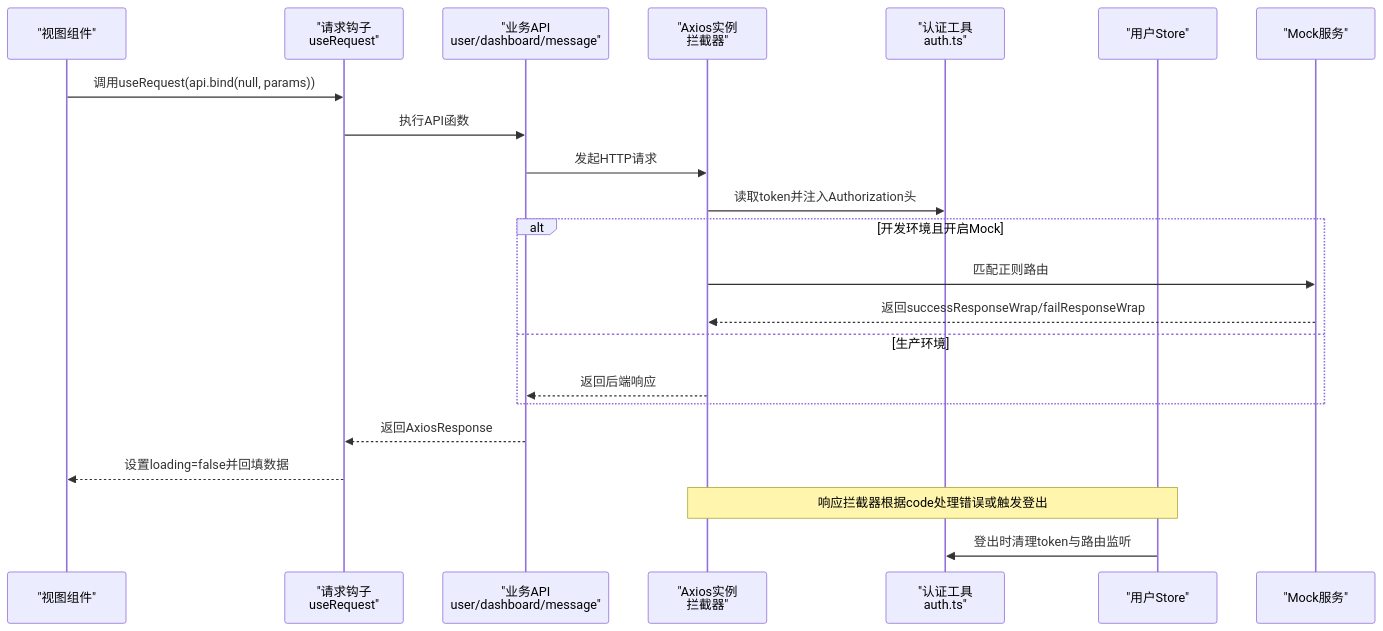
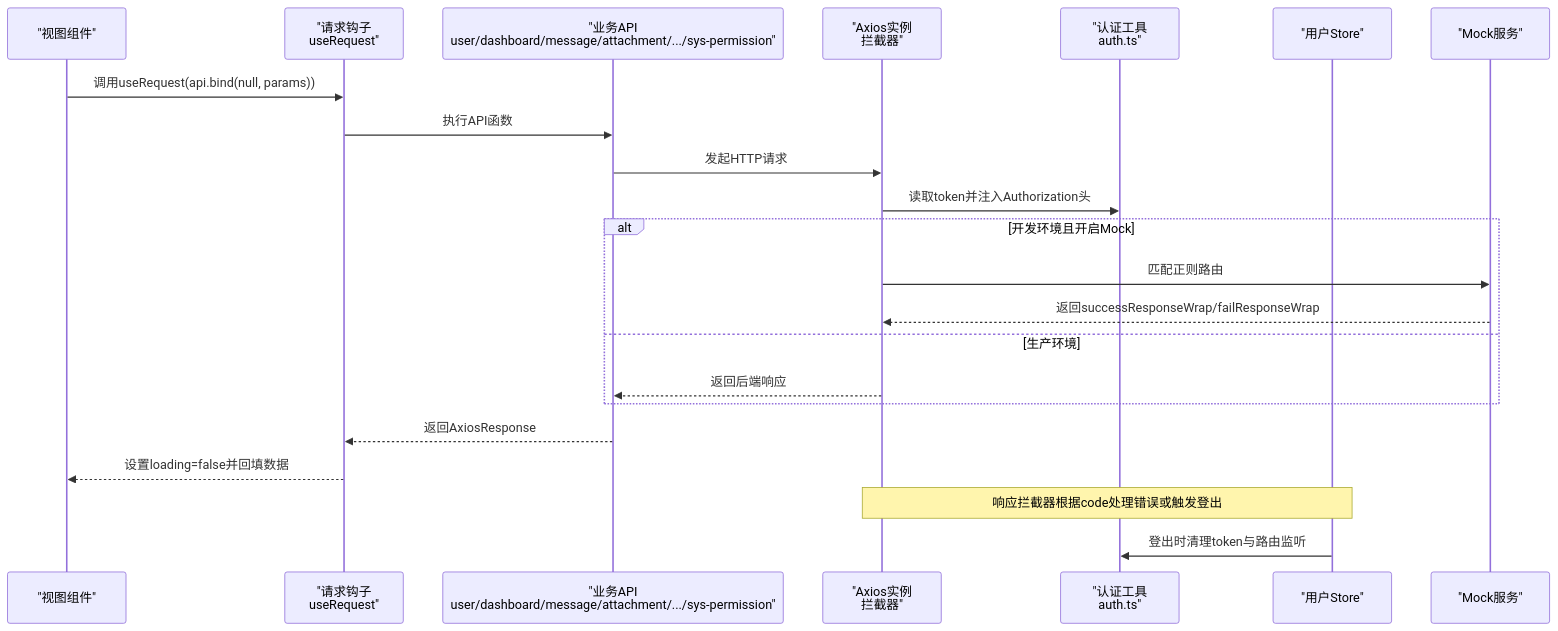
The second of 8 diagrams in .qoder/repowiki/zh/content/API接口层/API接口层.md (wuwuseo/e-sports-go-admin-web), drawn with Mermaid before and after one commit. The commit also changed other lines of this file and 7 other files, not shown here.

````diff
--- a/.qoder/repowiki/zh/content/API接口层/API接口层.md
+++ b/.qoder/repowiki/zh/content/API接口层/API接口层.md
@@ -150,24 +223,24 @@
 ```mermaid
 sequenceDiagram
 participant View as "视图组件"
 participant Hook as "请求钩子<br/>useRequest"
-participant API as "业务API<br/>user/dashboard/message"
+participant API as "业务API<br/>user/dashboard/message/attachment/.../sys-permission"
 participant Axios as "Axios实例<br/>拦截器"
 participant Auth as "认证工具<br/>auth.ts"
 participant Store as "用户Store"
 participant Mock as "Mock服务"
 View->>Hook : 调用useRequest(api.bind(null, params))
 Hook->>API : 执行API函数
 API->>Axios : 发起HTTP请求
 Axios->>Auth : 读取token并注入Authorization头
 alt 开发环境且开启Mock
 Axios->>Mock : 匹配正则路由
 Mock-->>Axios : 返回successResponseWrap/failResponseWrap
 else 生产环境
 Axios-->>API : 返回后端响应
 end
 API-->>Hook : 返回AxiosResponse
 Hook-->>View : 设置loading=false并回填数据
 Note over Axios,Store : 响应拦截器根据code处理错误或触发登出
 Store->>Auth : 登出时清理token与路由监听
 ```
````
